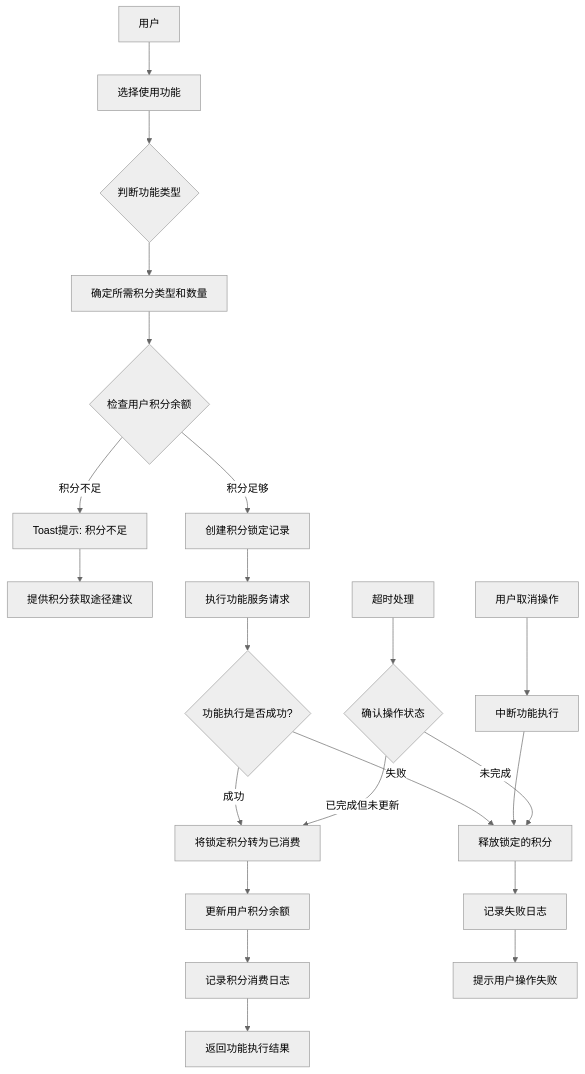
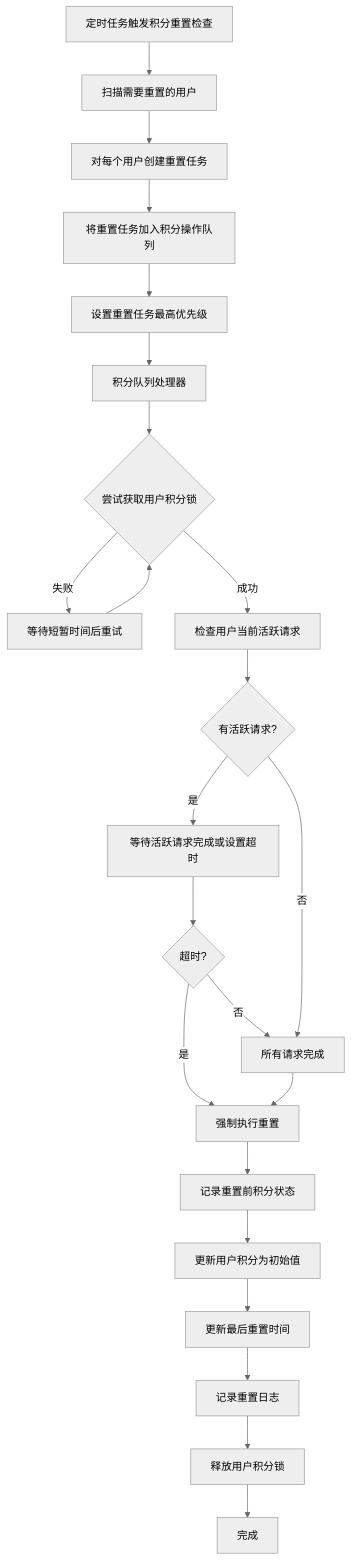
Before and after one commit to yingjianzh/iodraw-files: the diagram in all/未命名-65.md, drawn with Mermaid (neutral theme).

Commit message:
2025-05-22 14:15:58 update

````diff
--- a/all/未命名-65.md
+++ b/all/未命名-65.md
@@ -1,30 +1,28 @@
 ```mermaid
 flowchart TD
-    A[用户] --> B[选择使用功能]
-    B --> C{判断功能类型}
-    C --> D[确定所需积分类型和数量]
-    D --> E{检查用户积分余额}
+    A[定时任务触发积分重置检查] --> B[扫描需要重置的用户]
+    B --> C[对每个用户创建重置任务]
+    C --> D[将重置任务加入积分操作队列]
+    D --> E[设置重置任务最高优先级]
     
-    E -->|积分不足| F[Toast提示: 积分不足]
-    F --> G[提供积分获取途径建议]
+    E --> F[积分队列处理器]
+    F --> G{尝试获取用户积分锁}
+    G -->|失败| H[等待短暂时间后重试]
+    H --> G
     
-    E -->|积分足够| H[创建积分锁定记录]
-    H --> I[执行功能服务请求]
+    G -->|成功| I[检查用户当前活跃请求]
+    I --> J{有活跃请求?}
+    J -->|是| K[等待活跃请求完成或设置超时]
+    K --> L{超时?}
+    L -->|是| M[强制执行重置]
+    L -->|否| N[所有请求完成]
     
-    I --> J{功能执行是否成功?}
-    J -->|成功| K[将锁定积分转为已消费]
-    K --> L[更新用户积分余额]
-    L --> M[记录积分消费日志]
-    M --> N[返回功能执行结果]
-    
-    J -->|失败| O[释放锁定的积分]
-    O --> P[记录失败日志]
-    P --> Q[提示用户操作失败]
-    
-    R[用户取消操作] --> S[中断功能执行]
-    S --> O
-    
-    T[超时处理] --> U{确认操作状态}
-    U -->|已完成但未更新| K
-    U -->|未完成| O
+    J -->|否| N
+    N --> M
+    M --> O[记录重置前积分状态]
+    O --> P[更新用户积分为初始值]
+    P --> Q[更新最后重置时间]
+    Q --> R[记录重置日志]
+    R --> S[释放用户积分锁]
+    S --> T[完成]
 ```
````
